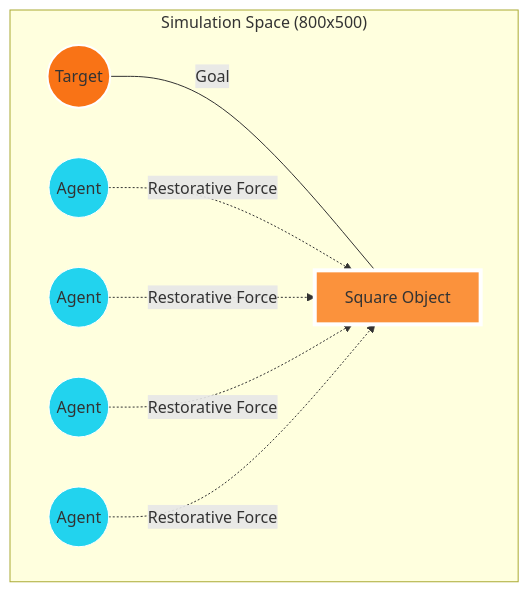
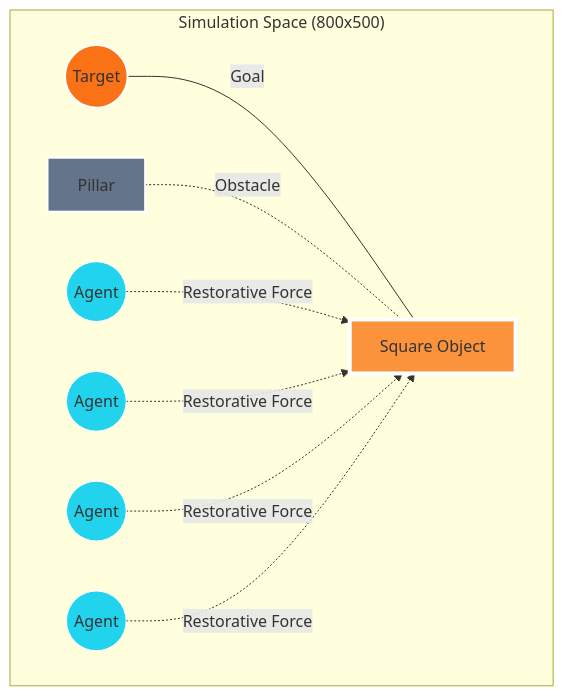
One commit to MochizukiShinichi/swarm changed the first of 2 diagrams in README.md. Above: the diagram before and after it, drawn with Mermaid. The commit also changed other lines of this file, not shown here.

First line of the commit message:
docs: update stale README to match current architecture

````diff
--- a/README.md
+++ b/README.md
@@ -15,17 +15,19 @@
 ```mermaid
 graph TD
     subgraph "Simulation Space (800x500)"
     T((Target)) -- "Goal" --- O[Square Object]
+    P1[Pillar] -. "Obstacle" .- O
     A1((Agent)) -. "Restorative Force" .-> O
     A2((Agent)) -. "Restorative Force" .-> O
     A3((Agent)) -. "Restorative Force" .-> O
     A4((Agent)) -. "Restorative Force" .-> O
     end
-    
+
     style T fill:#f97316,stroke:#fff,stroke-width:2px
     style O fill:#fb923c,stroke:#fff,stroke-width:4px
+    style P1 fill:#64748b,stroke:#fff,stroke-width:2px
     style A1 fill:#22d3ee,stroke:#fff
     style A2 fill:#22d3ee,stroke:#fff
     style A3 fill:#22d3ee,stroke:#fff
     style A4 fill:#22d3ee,stroke:#fff
 ```
````
